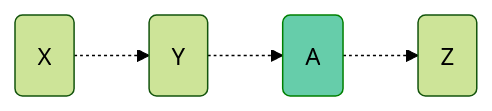
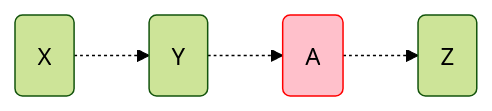
The fourth of 8 diagrams in docs/Dynamic.md (next-gen-dev/reactive-benchmark), drawn with Mermaid (forest theme) before and after one commit. The commit also changed other lines of this file and 1 other file, not shown here.

Commit message:
Change h5 lines to just be bold lines, update 3.2 execution order highlight to red

````diff
--- a/docs/Dynamic.md
+++ b/docs/Dynamic.md
@@ -56,5 +56,5 @@
 ```mermaid
     graph LR;
         X(X) -.-> Y(Y) -.-> A(A) -.-> Z(Z)
-        style A fill:mediumaquamarine,stroke:green,color:black
+        style A fill:pink,stroke:red,color:black
 ```
````
